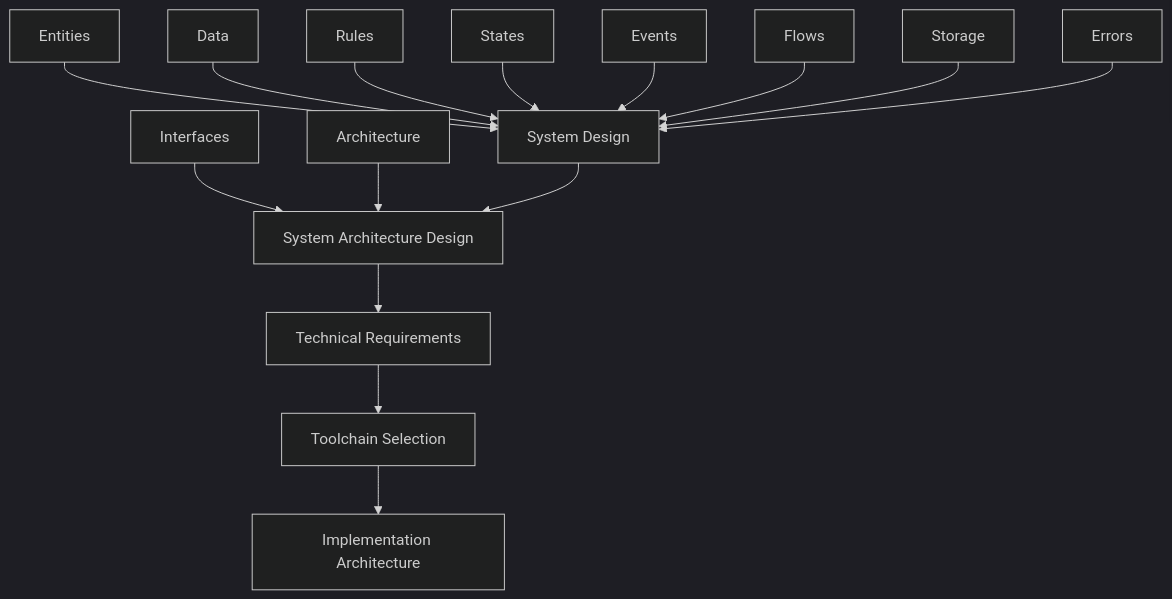
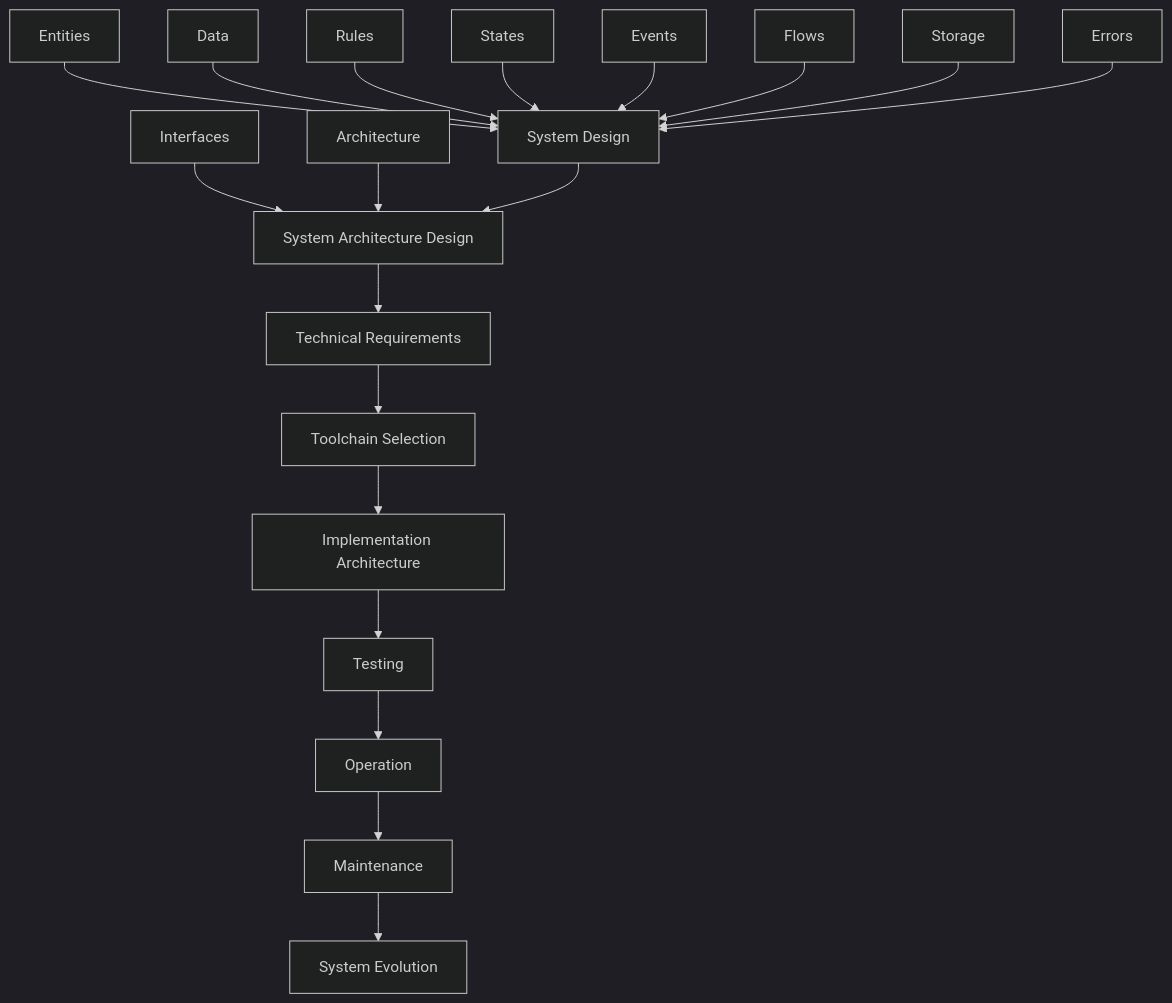
The fifth of 5 diagrams in docs/00_maps/Documentation_Map.md (Mvil34998/Programming-Digital-Systems), drawn with Mermaid (dark theme) before and after one commit. The commit also changed other lines of this file, not shown here.

Commit message:
Update documentation map for operation maintenance and evolution

````diff
--- a/docs/00_maps/Documentation_Map.md
+++ b/docs/00_maps/Documentation_Map.md
@@ -285,17 +314,21 @@
 ```mermaid
 flowchart TD
     E1[Entities] --> SD[System Design]
     E2[Data] --> SD
     E3[Rules] --> SD
     E4[States] --> SD
     E5[Events] --> SD
     E6[Flows] --> SD
     E7[Storage] --> SD
     E8[Errors] --> SD
     E9[Interfaces] --> SAD[System Architecture Design]
     E10[Architecture] --> SAD
     SD --> SAD
     SAD --> TR[Technical Requirements]
     TR --> TS[Toolchain Selection]
     TS --> IA[Implementation Architecture]
+    IA --> TEST[Testing]
+    TEST --> OP[Operation]
+    OP --> MAINT[Maintenance]
+    MAINT --> EVO[System Evolution]
 ```
````
